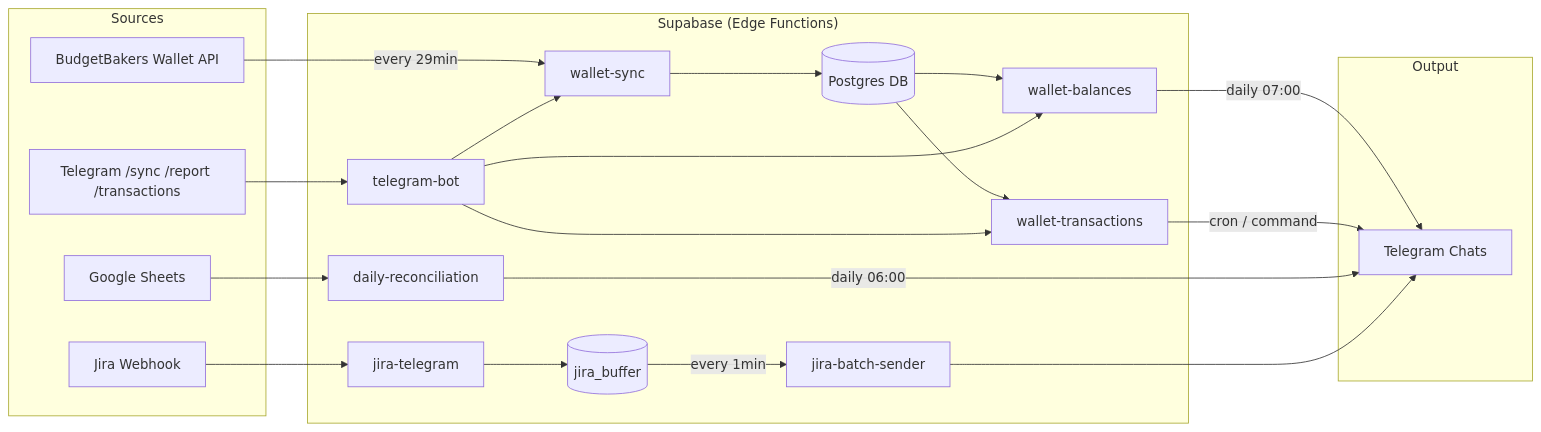
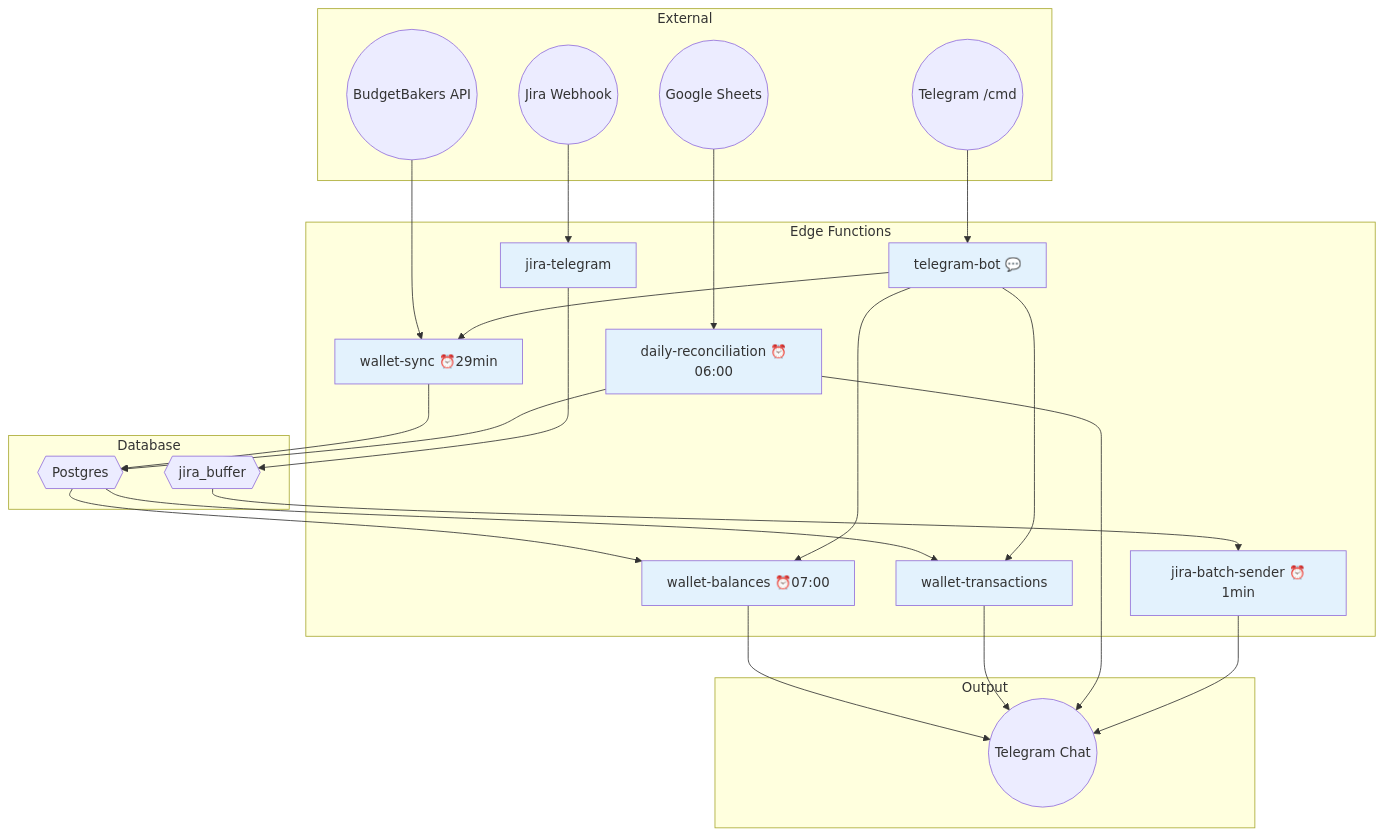
One commit to yfozekosh/walletbot changed the diagram in README.md. Above: the diagram before and after it, drawn with Mermaid. The commit also changed other lines of this file, not shown here.

Commit message:
redesign mermaid diagram with legend, fix arrows

````diff
--- a/README.md
+++ b/README.md
@@ -19,32 +19,45 @@
 ```mermaid
-flowchart LR
-  subgraph Sources
-    WB[BudgetBakers Wallet API]
-    GS[Google Sheets]
-    JW[Jira Webhook]
-    TG_CMD[Telegram /sync /report /transactions]
+flowchart TB
+  subgraph External["External"]
+    WB(("BudgetBakers API"))
+    GS(("Google Sheets"))
+    JW(("Jira Webhook"))
+    TGcmd(("Telegram /cmd"))
   end
 
-  subgraph Supabase["Supabase (Edge Functions)"]
-    WS[wallet-sync]
-    WBAL[wallet-balances]
-    WT[wallet-transactions]
-    DR[daily-reconciliation]
-    TB[telegram-bot]
-    JT[jira-telegram]
-    JBS[jira-batch-sender]
-    DB[("Postgres DB")]
-    JB[(jira_buffer)]
+  subgraph Edge["Edge Functions"]
+    WS["wallet-sync ⏰29min"]
+    WBAL["wallet-balances ⏰07:00"]
+    WT["wallet-transactions"]
+    DR["daily-reconciliation ⏰06:00"]
+    TB["telegram-bot 💬"]
+    JT["jira-telegram"]
+    JBS["jira-batch-sender ⏰1min"]
   end
 
-  subgraph Output
-    TG[Telegram Chats]
+  subgraph Store["Database"]
+    DB{{"Postgres"}}
+    JB{{"jira_buffer"}}
   end
 
-  WB -- every 29min --> WS --> DB
-  DB --> WBAL -- daily 07:00 --> TG
-  DB --> WT -- cron / command --> TG
-  GS --> DR -- daily 06:00 --> TG
-  JW --> JT --> JB -- every 1min --> JBS --> TG
-  TG_CMD --> TB --> WS & WBAL & WT
+  subgraph Output["Output"]
+    TG(("Telegram Chat"))
+  end
+
+  WB --> WS --> DB
+  DB --> WBAL --> TG
+  DB --> WT --> TG
+  GS --> DR --> DB
+  DR --> TG
+  JW --> JT --> JB
+  JB --> JBS --> TG
+  TGcmd --> TB --> WS & WBAL & WT
+
+  style WS fill:#e3f2fd
+  style WBAL fill:#e3f2fd
+  style WT fill:#e3f2fd
+  style DR fill:#e3f2fd
+  style TB fill:#e3f2fd
+  style JT fill:#e3f2fd
+  style JBS fill:#e3f2fd
 ```
````
